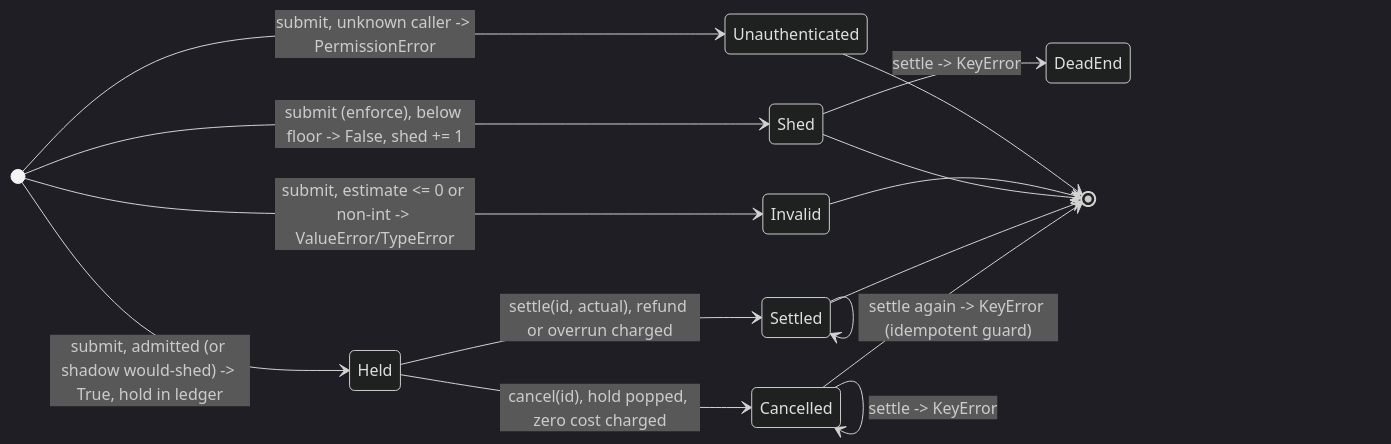
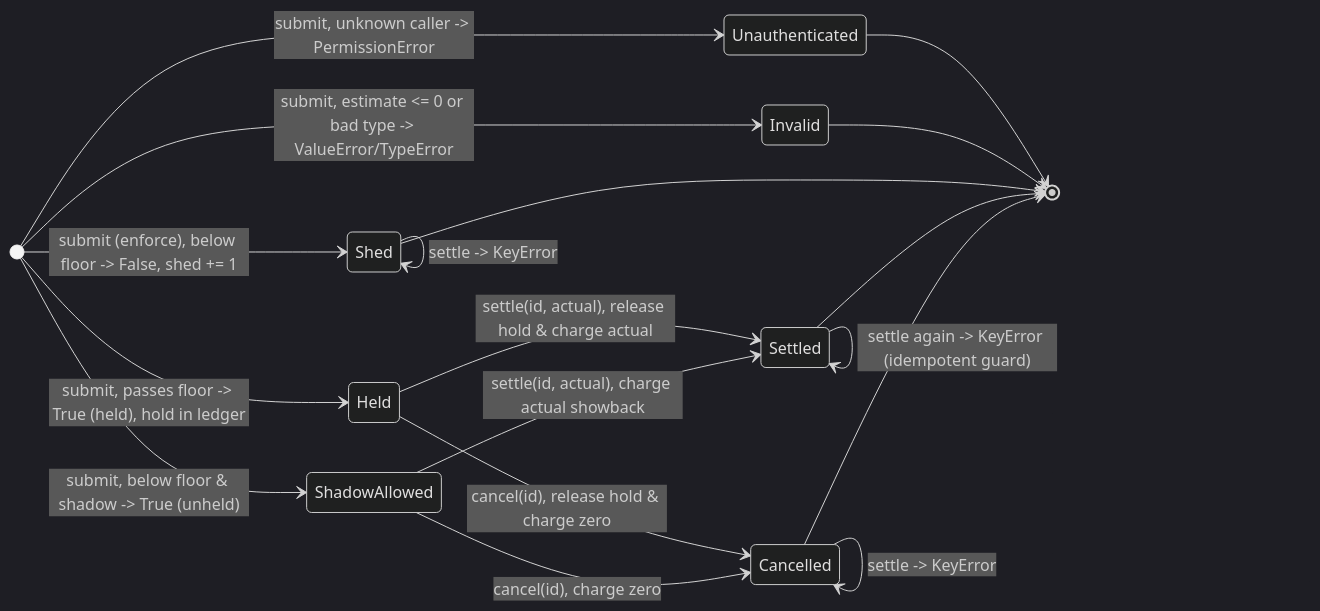
The diagram in use_case/evals/README.md (donbr/fde-engagement-pattern), drawn with Mermaid (dark theme) before and after one commit. The commit also changed other lines of this file and 6 other files, not shown here.

Commit message:
fix(docs): resolve sequence diagram rendering, shadow mode accuracy, and stakeholder mapping

````diff
--- a/use_case/evals/README.md
+++ b/use_case/evals/README.md
@@ -73,18 +77,21 @@
 ```mermaid
 stateDiagram-v2
     direction LR
     [*] --> Unauthenticated: submit, unknown caller -> PermissionError
-    [*] --> Invalid: submit, estimate <= 0 or non-int -> ValueError/TypeError
+    [*] --> Invalid: submit, estimate <= 0 or bad type -> ValueError/TypeError
     [*] --> Shed: submit (enforce), below floor -> False, shed += 1
-    [*] --> Held: submit, admitted (or shadow would-shed) -> True, hold in ledger
-    Held --> Settled: settle(id, actual), refund or overrun charged
-    Held --> Cancelled: cancel(id), hold popped, zero cost charged
-    Shed --> DeadEnd: settle -> KeyError
+    [*] --> Held: submit, passes floor -> True (held), hold in ledger
+    [*] --> ShadowAllowed: submit, below floor & shadow -> True (unheld)
+    Held --> Settled: settle(id, actual), release hold & charge actual
+    Held --> Cancelled: cancel(id), release hold & charge zero
+    ShadowAllowed --> Settled: settle(id, actual), charge actual showback
+    ShadowAllowed --> Cancelled: cancel(id), charge zero
+    Shed --> Shed: settle -> KeyError
     Settled --> Settled: settle again -> KeyError (idempotent guard)
     Cancelled --> Cancelled: settle -> KeyError
     Unauthenticated --> [*]
     Invalid --> [*]
     Shed --> [*]
     Settled --> [*]
     Cancelled --> [*]
 ```
````
